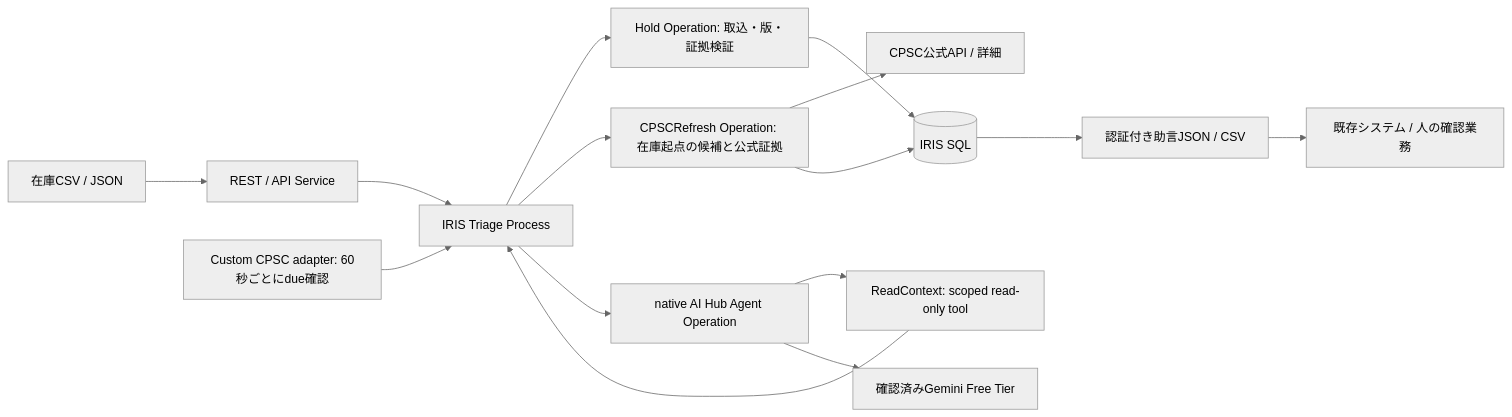
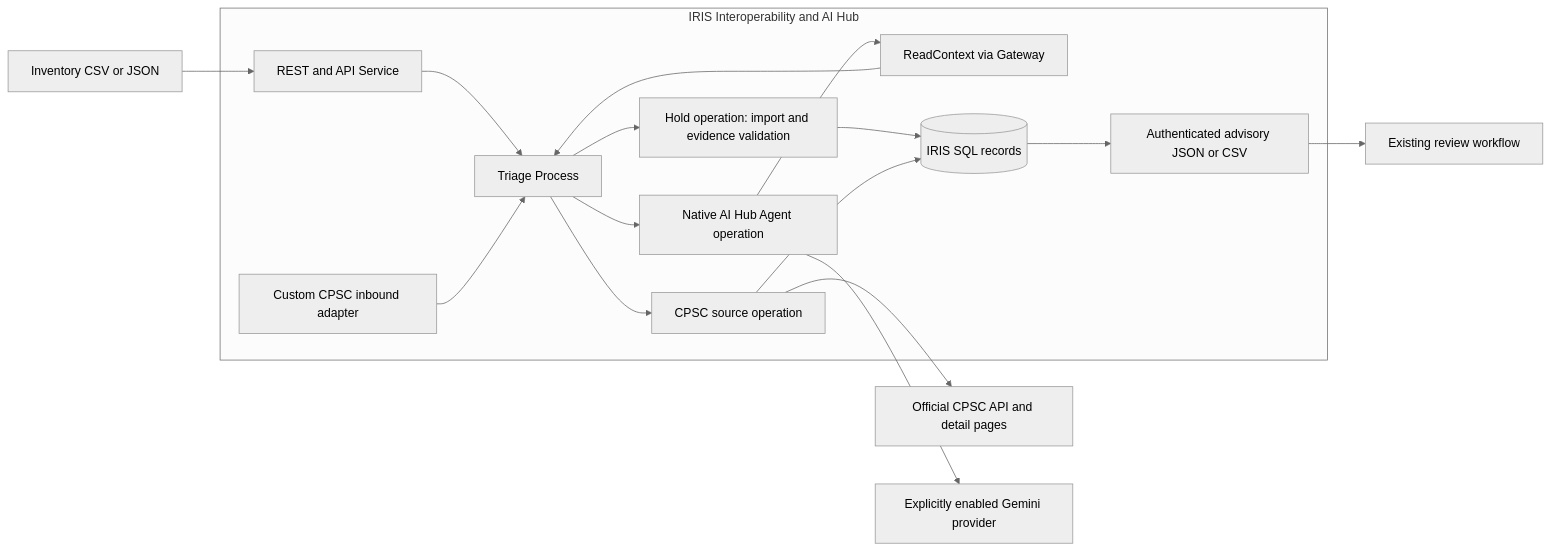
One commit to kgway/recall-to-inventory-bridge changed the diagram in docs/architecture.md. Above: the diagram before and after it, drawn with Mermaid (neutral theme). The commit also changed other lines of this file and 5 other files, not shown here.

````diff
--- a/docs/architecture.md
+++ b/docs/architecture.md
@@ -7,17 +8,19 @@
 ```mermaid
 flowchart LR
-    ERP[在庫CSV / JSON] --> API[REST / API Service]
-    API --> Triage[IRIS Triage Process]
-    Timer[Custom CPSC adapter: 60秒ごとにdue確認] --> Triage
-    Triage --> Hold[Hold Operation: 取込・版・証拠検証]
-    Triage --> Source[CPSCRefresh Operation: 在庫起点の候補と公式証拠]
-    Source --> CPSC[CPSC公式API / 詳細]
-    Triage --> Agent[native AI Hub Agent Operation]
-    Agent --> Gateway[ReadContext: scoped read-only tool]
-    Gateway --> Triage
-    Agent --> Gemini[確認済みGemini Free Tier]
-    Hold --> SQL[(IRIS SQL)]
-    Source --> SQL
-    SQL --> Feed[認証付き助言JSON / CSV]
-    Feed --> Receiver[既存システム / 人の確認業務]
+    ERP[Inventory CSV or JSON] --> API[REST and API Service]
+    subgraph IRIS[IRIS Interoperability and AI Hub]
+        API --> Triage[Triage Process]
+        Timer[Custom CPSC inbound adapter] --> Triage
+        Triage --> Source[CPSC source operation]
+        Triage --> Agent[Native AI Hub Agent operation]
+        Agent --> Tool[ReadContext via Gateway]
+        Tool --> Triage
+        Triage --> Hold[Hold operation: import and evidence validation]
+        Hold --> SQL[(IRIS SQL records)]
+        Source --> SQL
+        SQL --> Feed[Authenticated advisory JSON or CSV]
+    end
+    Source --> CPSC[Official CPSC API and detail pages]
+    Agent --> Model[Explicitly enabled Gemini provider]
+    Feed --> Receiver[Existing review workflow]
 ```
````
